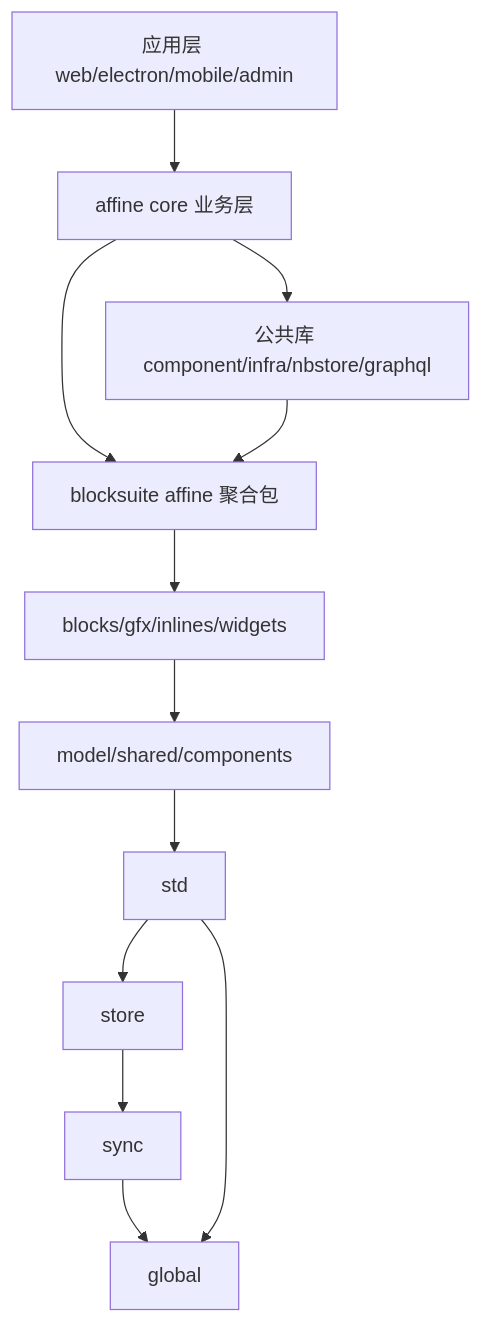
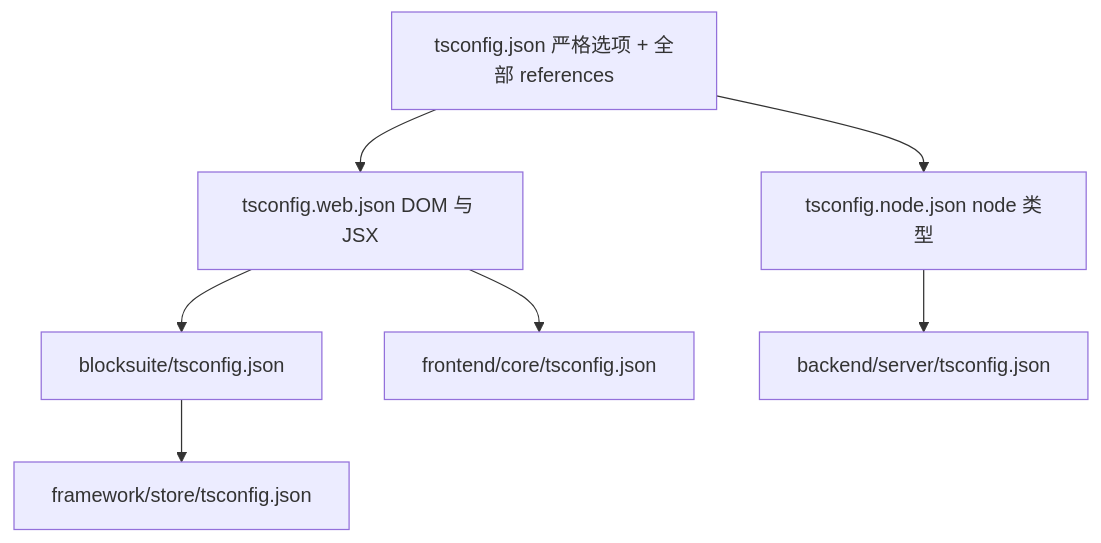
Before and after one commit to lfire/AFFiNE: the second of 4 diagrams in learning-guide/slides/decks/09.md, drawn with Mermaid. The commit also changed other lines of this file and 73 other files, not shown here.

````diff
--- a/learning-guide/slides/decks/09.md
+++ b/learning-guide/slides/decks/09.md
@@ -284,14 +91,16 @@
 ```mermaid
-flowchart TB
-  apps["应用层 web/electron/mobile/admin"] --> core["affine core 业务层"]
-  core --> pub["公共库 component/infra/nbstore/graphql"]
-  core --> bsall["blocksuite affine 聚合包"]
-  pub --> bsall
-  bsall --> blocks["blocks/gfx/inlines/widgets"]
-  blocks --> bsbase["model/shared/components"]
-  bsbase --> std["std"]
-  std --> store["store"]
-  store --> sync["sync"]
-  sync --> global["global"]
-  std --> global
+flowchart TD
+  Root["tsconfig.json 严格选项 + 全部 references"]
+  Web["tsconfig.web.json DOM 与 JSX"]
+  Node["tsconfig.node.json node 类型"]
+  BS["blocksuite/tsconfig.json"]
+  Core["frontend/core/tsconfig.json"]
+  Server["backend/server/tsconfig.json"]
+  Store["framework/store/tsconfig.json"]
+  Root --> Web
+  Root --> Node
+  Web --> BS
+  Web --> Core
+  Node --> Server
+  BS --> Store
 ```
````
